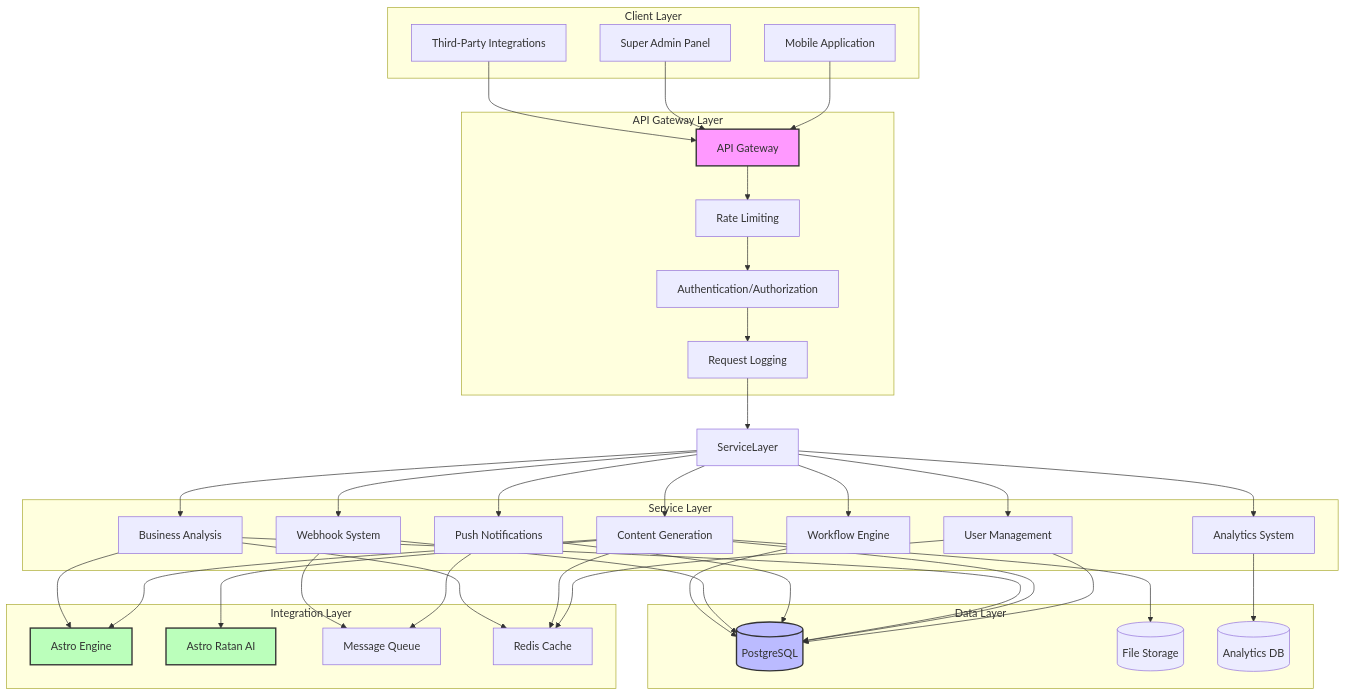
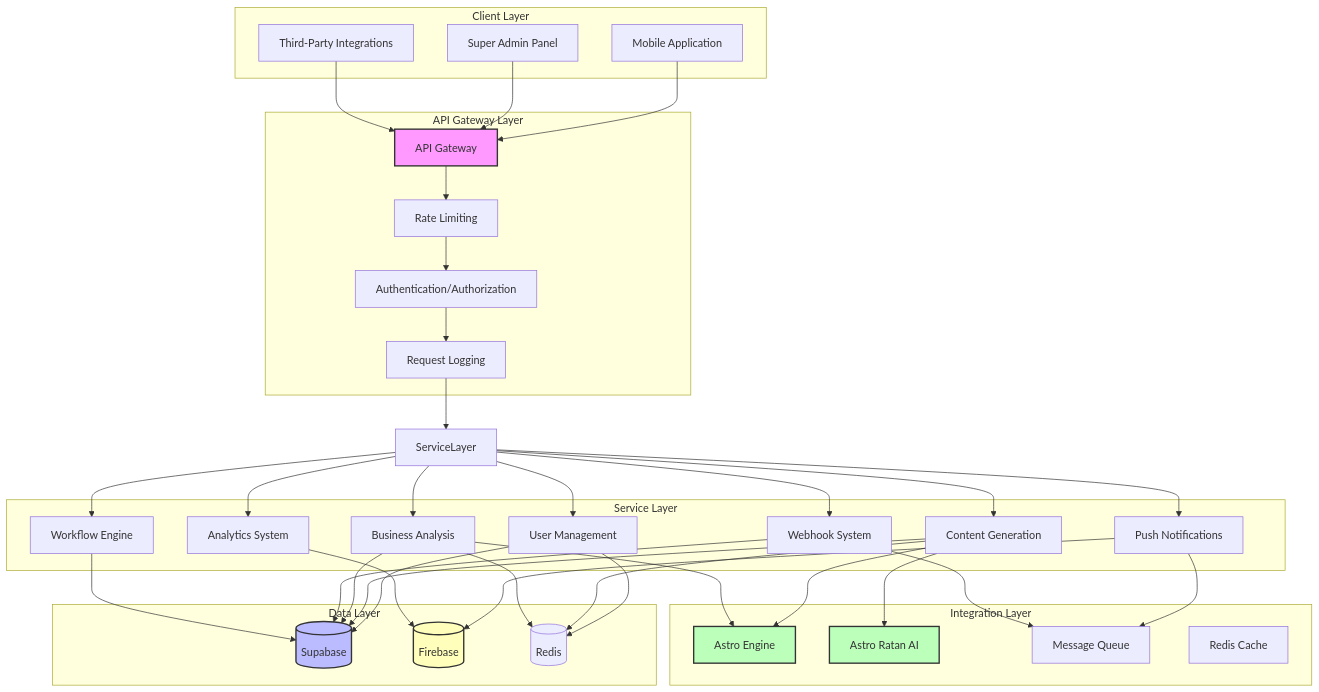
The second of 30 diagrams in README.md (Project-Corp-Astro/Corp_Astro_Server_Trial), drawn with Mermaid before and after one commit. The commit also changed other lines of this file, not shown here.

Commit message:
Improve README.md structure and readability with better flow and organization

````diff
--- a/README.md
+++ b/README.md
@@ -53,79 +84,79 @@
 ```mermaid
 graph TD
     subgraph "Client Layer"
         MobileApp[Mobile Application]
         SAP[Super Admin Panel]
         ThirdParty[Third-Party Integrations]
     end
 
     subgraph "API Gateway Layer"
         APIGateway[API Gateway]
         RateLimit[Rate Limiting]
         Auth[Authentication/Authorization]
         Logging[Request Logging]
     end
 
     subgraph "Service Layer"
         UserService[User Management]
         ContentService[Content Generation]
         BusinessService[Business Analysis]
         NotificationService[Push Notifications]
         AnalyticsService[Analytics System]
         WebhookService[Webhook System]
         WorkflowService[Workflow Engine]
     end
 
     subgraph "Integration Layer"
         AstroEngine[Astro Engine]
         AstroRatan[Astro Ratan AI]
         Queue[Message Queue]
         Cache[Redis Cache]
     end
 
     subgraph "Data Layer"
-        Database[(PostgreSQL)]
-        FileStorage[(File Storage)]
-        AnalyticsDB[(Analytics DB)]
+        Supabase[(Supabase)]
+        Firebase[(Firebase)]
+        Redis[(Redis)]
     end
 
     MobileApp --> APIGateway
     SAP --> APIGateway
     ThirdParty --> APIGateway
 
     APIGateway --> RateLimit
     RateLimit --> Auth
     Auth --> Logging
     Logging --> ServiceLayer
 
     ServiceLayer --> UserService
     ServiceLayer --> ContentService
     ServiceLayer --> BusinessService
     ServiceLayer --> NotificationService
     ServiceLayer --> AnalyticsService
     ServiceLayer --> WebhookService
     ServiceLayer --> WorkflowService
 
-    UserService --> Database
-    ContentService --> Database
-    BusinessService --> Database
-    NotificationService --> Database
-    AnalyticsService --> AnalyticsDB
-    WebhookService --> Database
-    WorkflowService --> Database
+    UserService --> Supabase
+    ContentService --> Supabase
+    BusinessService --> Supabase
+    NotificationService --> Firebase
+    AnalyticsService --> Firebase
+    WebhookService --> Supabase
+    WorkflowService --> Supabase
 
     ContentService --> AstroEngine
     ContentService --> AstroRatan
     BusinessService --> AstroEngine
     NotificationService --> Queue
     WebhookService --> Queue
 
-    UserService --> Cache
-    ContentService --> Cache
-    BusinessService --> Cache
-    ContentService --> FileStorage
+    UserService --> Redis
+    ContentService --> Redis
+    BusinessService --> Redis
 
     style APIGateway fill:#f9f,stroke:#333,stroke-width:2px
-    style Database fill:#bbf,stroke:#333,stroke-width:2px
+    style Supabase fill:#bbf,stroke:#333,stroke-width:2px
+    style Firebase fill:#ffb,stroke:#333,stroke-width:2px
     style AstroEngine fill:#bfb,stroke:#333,stroke-width:2px
     style AstroRatan fill:#bfb,stroke:#333,stroke-width:2px
 ```
````
